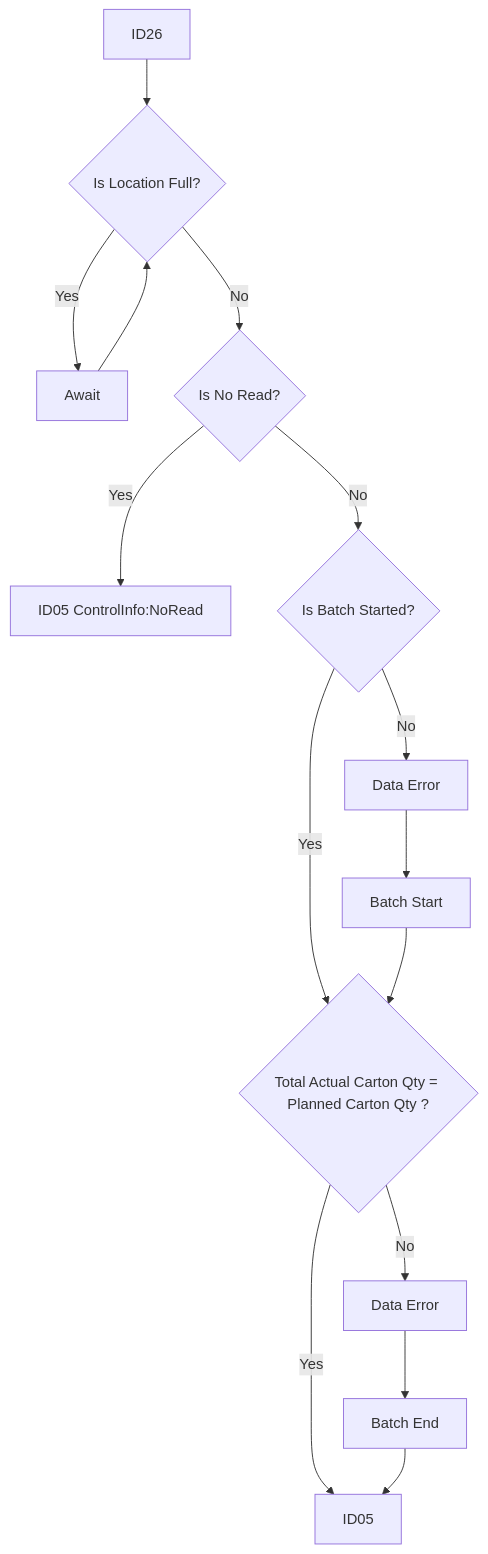
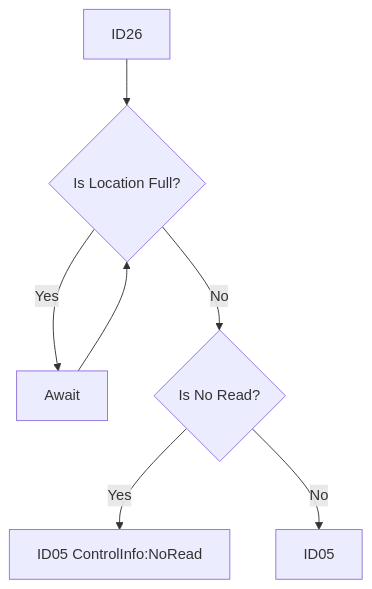
The diagram in Basic-Design/DFD-WMS/Storage/Unplanned-Storage/Irregular-Cases.md (luthfiadityaa/SimeDarby-Wiki), drawn with Mermaid before and after one commit.

Commit message:
Updated Irregular Cases

```diff
--- a/Basic-Design/DFD-WMS/Storage/Unplanned-Storage/Irregular-Cases.md
+++ b/Basic-Design/DFD-WMS/Storage/Unplanned-Storage/Irregular-Cases.md
@@ -5,14 +5,8 @@
 ::: mermaid
 flowchart TD  
 ArrivalAt1101[ID26] --> Cond1{Is Location Full?}  
 Cond1 -->|Yes| Await[Await] --> Cond1  
 Cond1 -->|No| Cond2{Is No Read?}  
 Cond2 -->|Yes| Move1[ID05 ControlInfo:NoRead]  
-Cond2 -->|No| Cond3{Is Batch Started?}  
-Cond3 -->|Yes| Cond4{Total Actual Carton Qty = 
-Planned Carton Qty ?}  
-Cond3 -->|No| DataError1[Data Error]  
-DataError1[Data Error] --> BatchStart[Batch Start] --> Cond4  
-Cond4 -->|Yes| Move2[ID05]  
-Cond4 -->|No| DataError2[Data Error] --> BatchEnd[Batch End] --> Move2[ID05]
+Cond2 -->|No| Move2[ID05]
 :::
```
